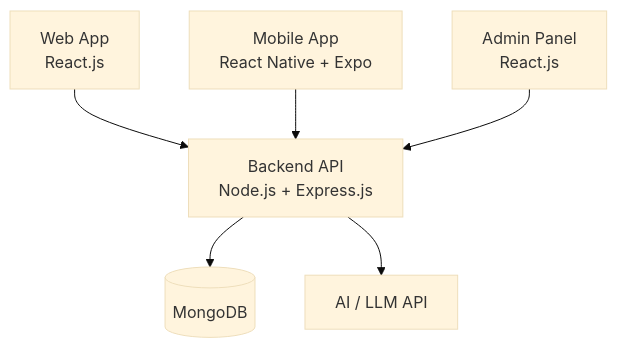
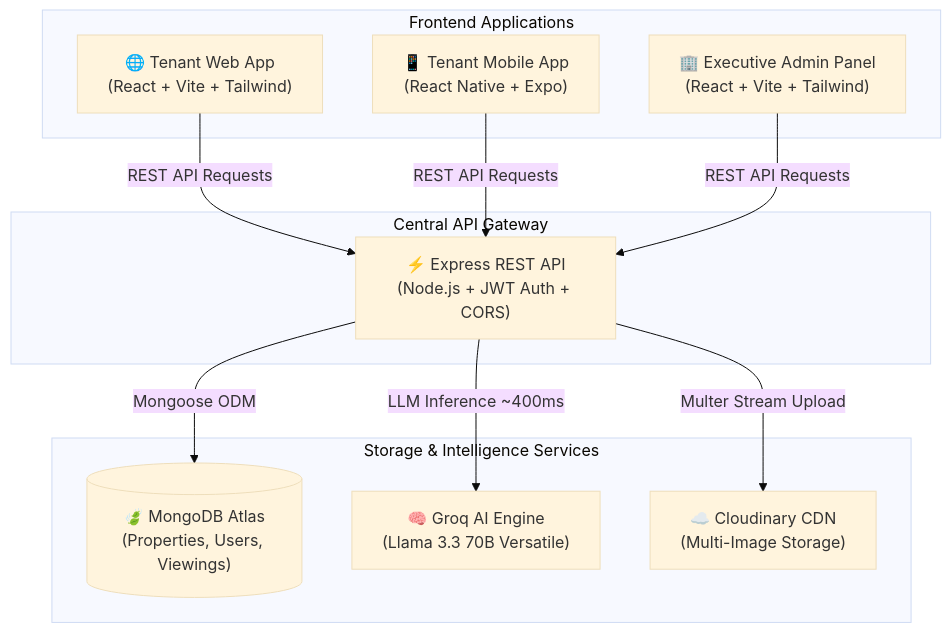
One commit to ArsalanTheCoder/property-rental-platform changed the first of 2 diagrams in README.md. Above: the diagram before and after it, drawn with Mermaid (base theme). The commit also changed other lines of this file, not shown here.

````diff
--- a/README.md
+++ b/README.md
@@ -20,17 +30,26 @@
 ```mermaid
 flowchart TD
-    WEB["Web App<br/>React.js"]
-    MOBILE["Mobile App<br/>React Native + Expo"]
-    ADMIN["Admin Panel<br/>React.js"]
+    subgraph Clients["Frontend Applications"]
+        WEB["🌐 Tenant Web App<br/>(React + Vite + Tailwind)"]
+        MOBILE["📱 Tenant Mobile App<br/>(React Native + Expo)"]
+        ADMIN["🏢 Executive Admin Panel<br/>(React + Vite + Tailwind)"]
+    end
 
-    BACKEND["Backend API<br/>Node.js + Express.js"]
-    DB[("MongoDB")]
-    AI["AI / LLM API"]
+    subgraph BackendGateway["Central API Gateway"]
+        BACKEND["⚡ Express REST API<br/>(Node.js + JWT Auth + CORS)"]
+    end
 
-    WEB --> BACKEND
-    MOBILE --> BACKEND
-    ADMIN --> BACKEND
+    subgraph Services["Storage & Intelligence Services"]
+        DB[("🍃 MongoDB Atlas<br/>(Properties, Users, Viewings)")]
+        AI["🧠 Groq AI Engine<br/>(Llama 3.3 70B Versatile)"]
+        CDN["☁️ Cloudinary CDN<br/>(Multi-Image Storage)"]
+    end
 
-    BACKEND --> DB
-    BACKEND --> AI
+    WEB -->|REST API Requests| BACKEND
+    MOBILE -->|REST API Requests| BACKEND
+    ADMIN -->|REST API Requests| BACKEND
+
+    BACKEND -->|Mongoose ODM| DB
+    BACKEND -->|LLM Inference ~400ms| AI
+    BACKEND -->|Multer Stream Upload| CDN
 ```
````
